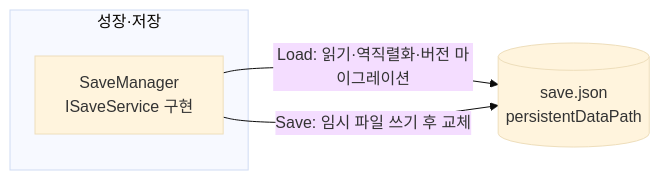
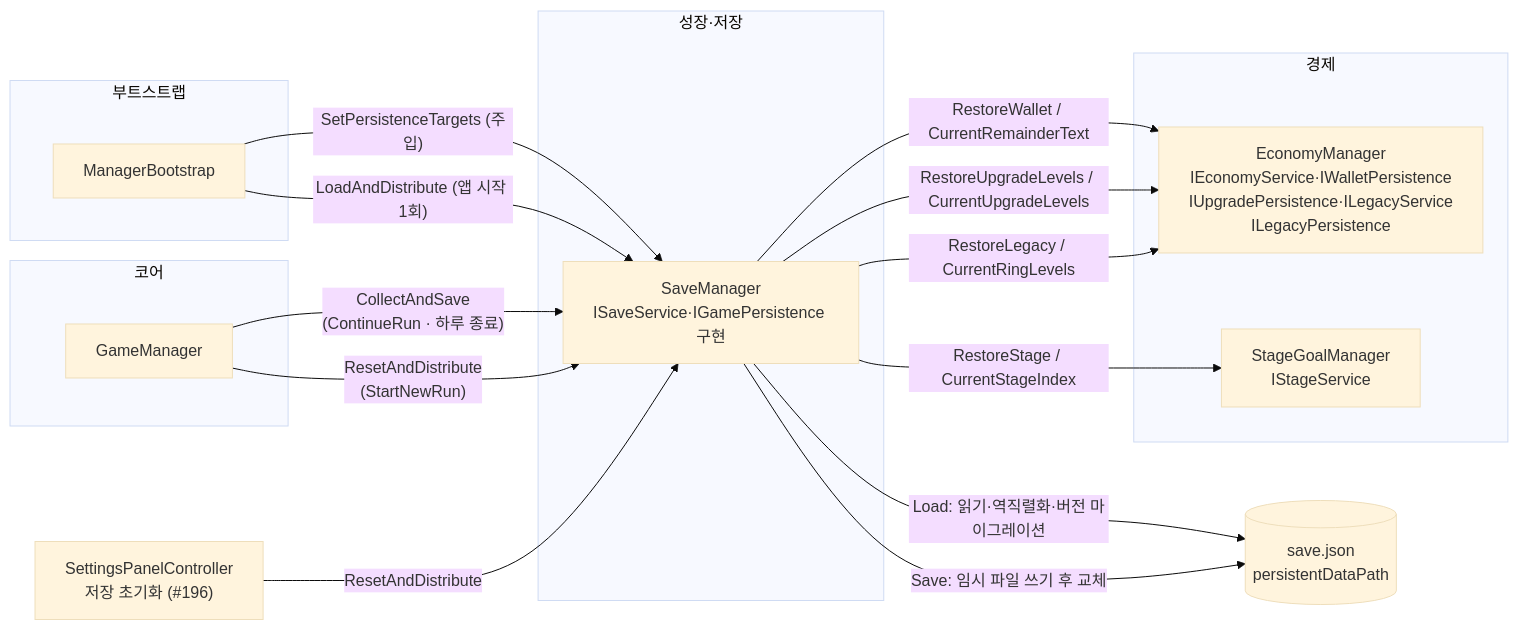
The diagram in docs/TECH_NOTES/save-load.md (KDNA-Gwangju-1/NCAIClicker), drawn with Mermaid (base theme) before and after one commit. The commit also changed other lines of this file and 17 other files, not shown here.

````diff
--- a/docs/TECH_NOTES/save-load.md
+++ b/docs/TECH_NOTES/save-load.md
@@ -26,11 +45,35 @@
 ```mermaid
 flowchart LR
-  subgraph Save["성장·저장"]
-    mgr["SaveManager<br/>ISaveService 구현"]
+  subgraph Boot["부트스트랩"]
+    boot["ManagerBootstrap"]
+  end
+
+  subgraph Core["코어"]
+    gm["GameManager"]
+  end
+
+  subgraph SaveMod["성장·저장"]
+    mgr["SaveManager<br/>ISaveService·IGamePersistence 구현"]
+  end
+
+  subgraph Economy["경제"]
+    econ["EconomyManager<br/>IEconomyService·IWalletPersistence<br/>IUpgradePersistence·ILegacyService<br/>ILegacyPersistence"]
+    stage["StageGoalManager<br/>IStageService"]
   end
 
   disk[("save.json<br/>persistentDataPath")]
 
+  boot -- "SetPersistenceTargets (주입)" --> mgr
+  boot -- "LoadAndDistribute (앱 시작 1회)" --> mgr
+  gm -- "CollectAndSave<br/>(ContinueRun · 하루 종료)" --> mgr
+  gm -- "ResetAndDistribute<br/>(StartNewRun)" --> mgr
+  settings["SettingsPanelController<br/>저장 초기화 (#196)"] -- "ResetAndDistribute" --> mgr
+
   mgr -- "Load: 읽기·역직렬화·버전 마이그레이션" --> disk
   mgr -- "Save: 임시 파일 쓰기 후 교체" --> disk
+
+  mgr -- "RestoreWallet / CurrentRemainderText" --> econ
+  mgr -- "RestoreUpgradeLevels / CurrentUpgradeLevels" --> econ
+  mgr -- "RestoreLegacy / CurrentRingLevels" --> econ
+  mgr -- "RestoreStage / CurrentStageIndex" --> stage
 ```
````
